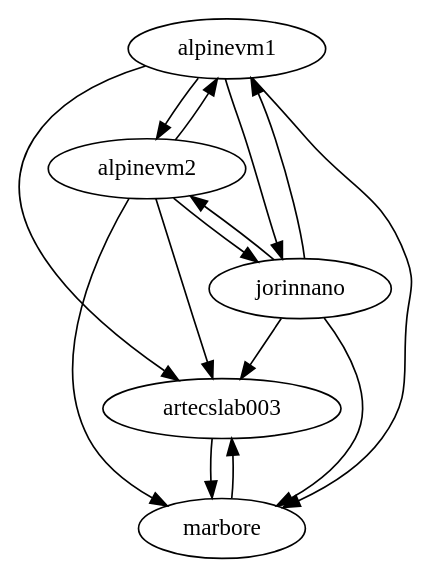
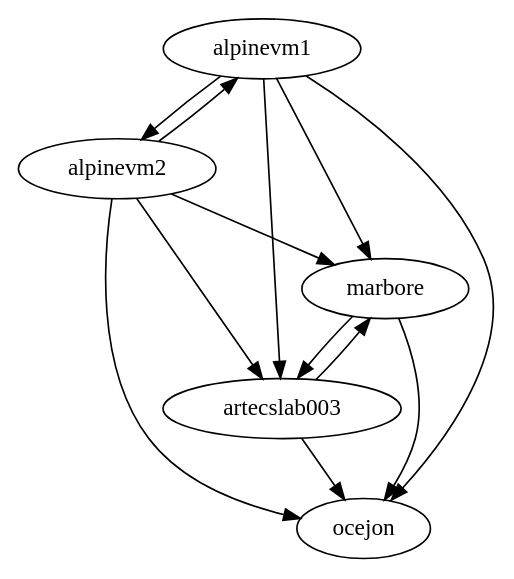
Before and after one commit to gulis1/planificacion-inferencia-edge: the diagram in triton-endpoint-controller/tservice_controller/input.dot, drawn with Graphviz. The commit also changed 9 other files, not shown here.

```diff
--- a/triton-endpoint-controller/tservice_controller/input.dot
+++ b/triton-endpoint-controller/tservice_controller/input.dot
@@ -1,19 +1,17 @@
 digraph G {
+  marbore -> artecslab003
+  marbore -> ocejon
+
   artecslab003 -> marbore
-  marbore -> artecslab003
-
+  artecslab003 -> ocejon
+  
+  alpinevm1 -> marbore
+  alpinevm1 -> ocejon
   alpinevm1 -> artecslab003
   alpinevm1 -> alpinevm2
-  alpinevm1 -> marbore
-  alpinevm1 -> jorinnano
-
+  
+  alpinevm2 -> marbore
+  alpinevm2 -> ocejon
+  alpinevm2 -> artecslab003
   alpinevm2 -> alpinevm1
-  alpinevm2 -> marbore
-  alpinevm2 -> jorinnano
-  alpinevm2 -> artecslab003
-
-  jorinnano -> artecslab003
-  jorinnano -> alpinevm1
-  jorinnano -> alpinevm2
-  jorinnano -> marbore
 }
```
